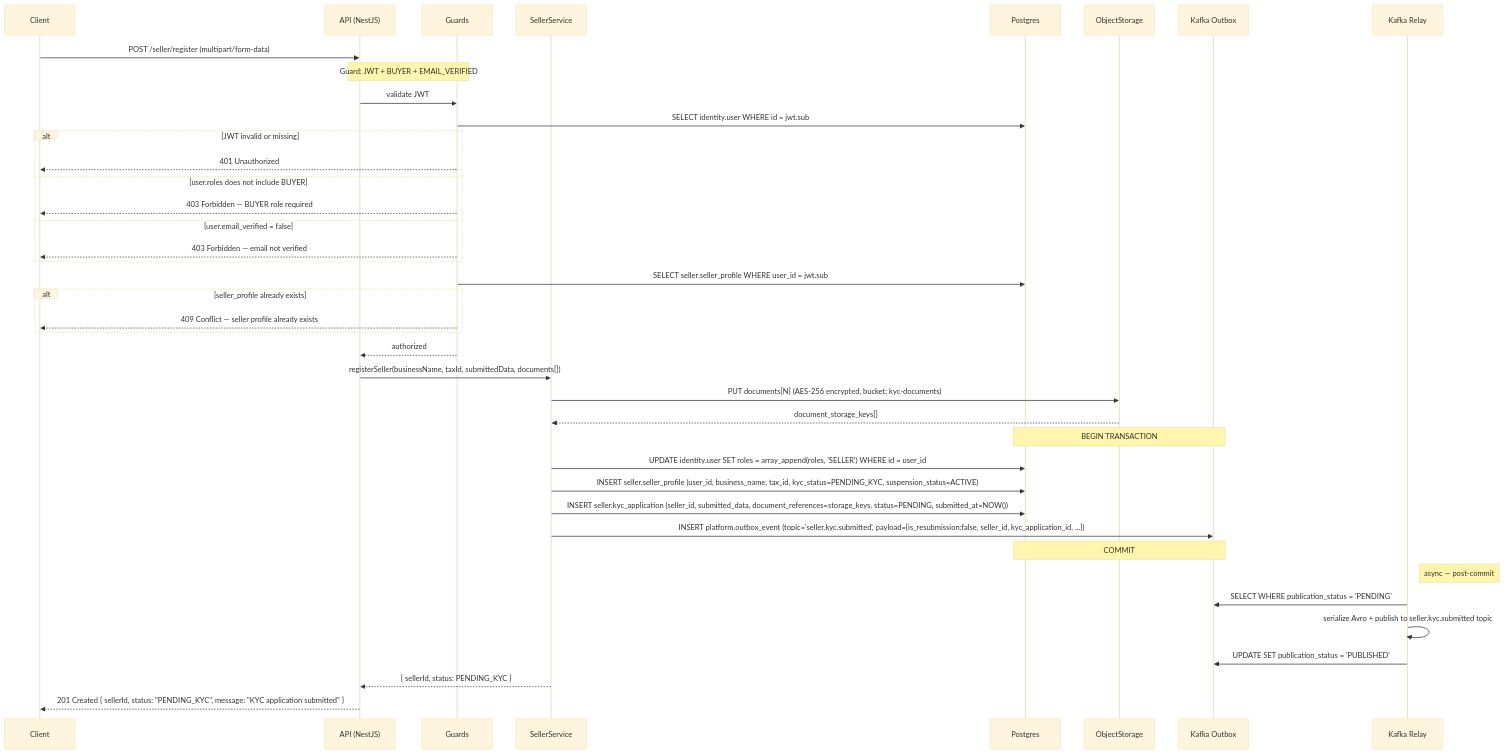
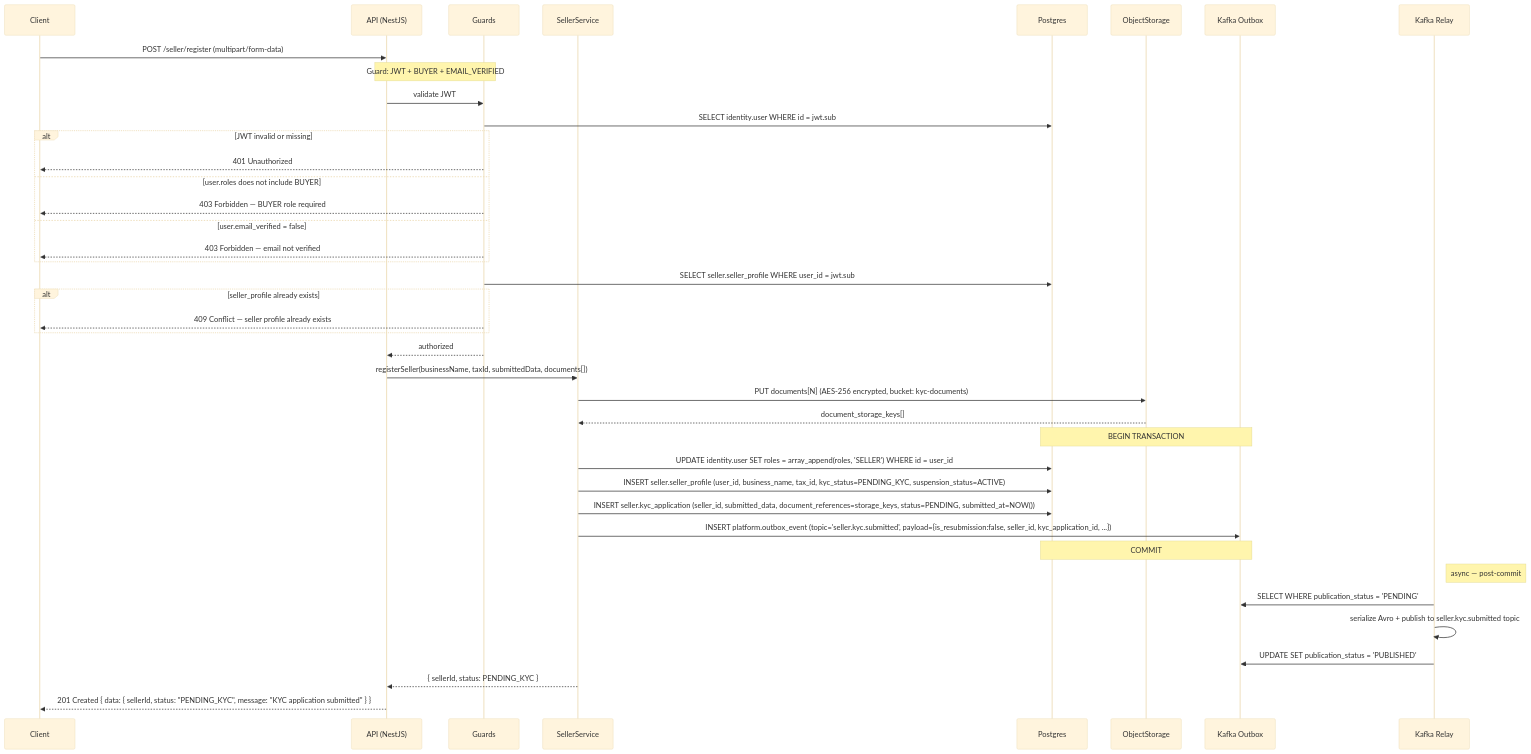
One commit to alisa-uthi/aliceut-ecom-document changed the first of 21 diagrams in phase-1/technical-design/api-design/seller.md. Above: the diagram before and after it, drawn with Mermaid (base theme). The commit also changed other lines of this file and 22 other files, not shown here.

````diff
--- a/phase-1/technical-design/api-design/seller.md
+++ b/phase-1/technical-design/api-design/seller.md
@@ -104,47 +106,47 @@
 ```mermaid
 sequenceDiagram
     participant C as Client
     participant A as API (NestJS)
     participant G as Guards
     participant SS as SellerService
     participant P as Postgres
     participant ObjS as ObjectStorage
     participant KO as Kafka Outbox
     participant KR as Kafka Relay
 
     C->>A: POST /seller/register (multipart/form-data)
     Note over A,G: Guard: JWT + BUYER + EMAIL_VERIFIED
     A->>G: validate JWT
     G->>P: SELECT identity.user WHERE id = jwt.sub
     alt JWT invalid or missing
         G-->>C: 401 Unauthorized
     else user.roles does not include BUYER
         G-->>C: 403 Forbidden — BUYER role required
     else user.email_verified = false
         G-->>C: 403 Forbidden — email not verified
     end
     G->>P: SELECT seller.seller_profile WHERE user_id = jwt.sub
     alt seller_profile already exists
         G-->>C: 409 Conflict — seller profile already exists
     end
     G-->>A: authorized
 
     A->>SS: registerSeller(businessName, taxId, submittedData, documents[])
     SS->>ObjS: PUT documents[N] (AES-256 encrypted, bucket: kyc-documents)
     ObjS-->>SS: document_storage_keys[]
 
     Note over P,KO: BEGIN TRANSACTION
     SS->>P: UPDATE identity.user SET roles = array_append(roles, 'SELLER') WHERE id = user_id
     SS->>P: INSERT seller.seller_profile (user_id, business_name, tax_id, kyc_status=PENDING_KYC, suspension_status=ACTIVE)
     SS->>P: INSERT seller.kyc_application (seller_id, submitted_data, document_references=storage_keys, status=PENDING, submitted_at=NOW())
     SS->>KO: INSERT platform.outbox_event (topic='seller.kyc.submitted', payload={is_resubmission:false, seller_id, kyc_application_id, ...})
     Note over P,KO: COMMIT
 
     Note right of KR: async — post-commit
     KR->>KO: SELECT WHERE publication_status = 'PENDING'
     KR->>KR: serialize Avro + publish to seller.kyc.submitted topic
     KR->>KO: UPDATE SET publication_status = 'PUBLISHED'
 
     SS-->>A: { sellerId, status: PENDING_KYC }
-    A-->>C: 201 Created { sellerId, status: "PENDING_KYC", message: "KYC application submitted" }
+    A-->>C: 201 Created { data: { sellerId, status: "PENDING_KYC", message: "KYC application submitted" } }
 ```
````
